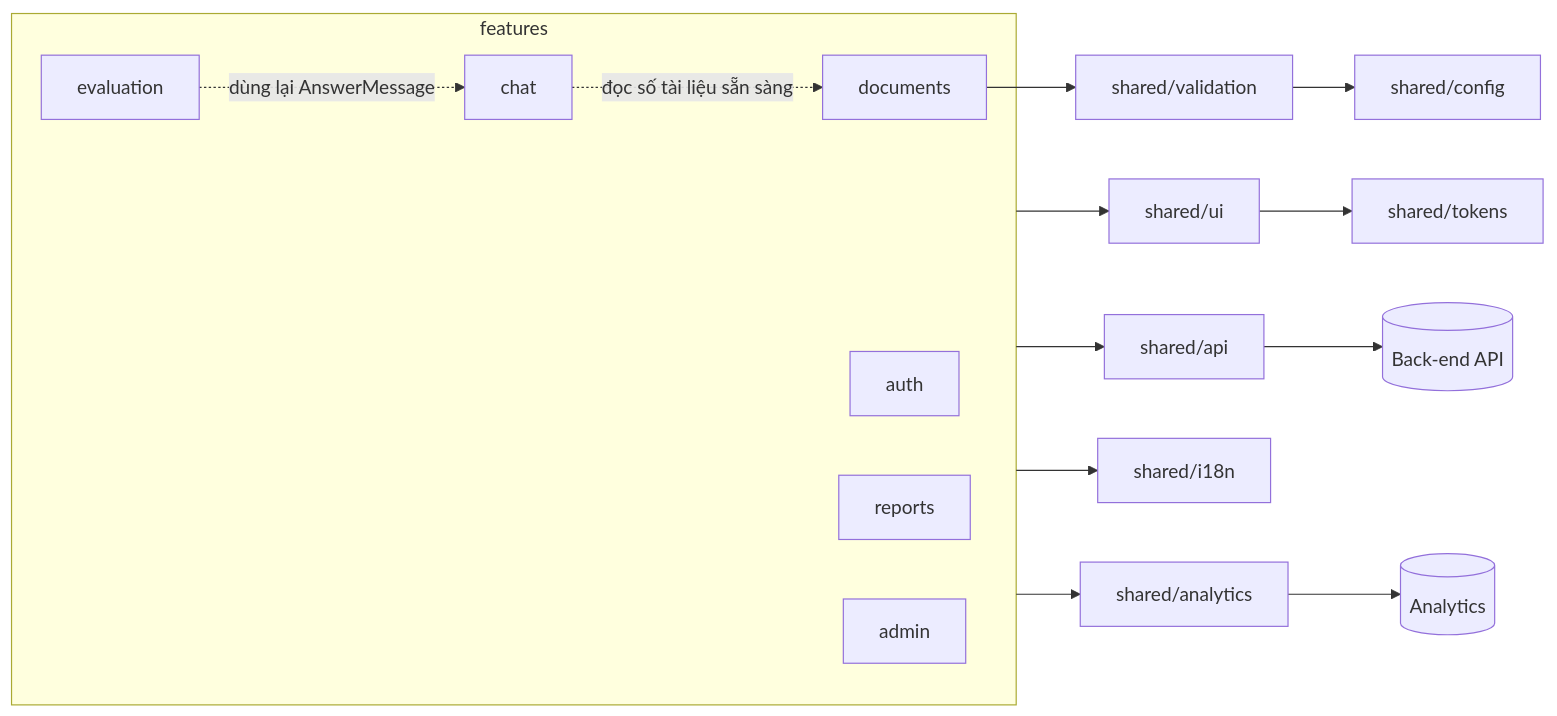
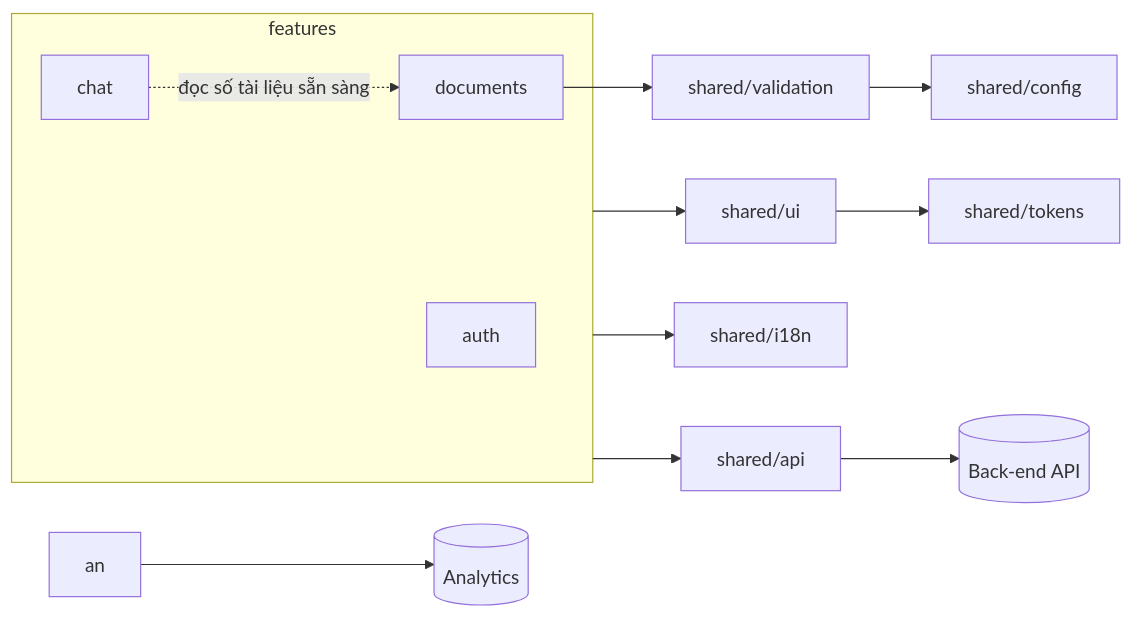
The fourth of 9 diagrams in docs/design/SDD_UI_UX_Blueprint.md (mdat1701/chat_with_document), drawn with Mermaid before and after one commit. The commit also changed other lines of this file and 126 other files, not shown here.

````diff
--- a/docs/design/SDD_UI_UX_Blueprint.md
+++ b/docs/design/SDD_UI_UX_Blueprint.md
@@ -333,22 +313,17 @@
 ```mermaid
 flowchart LR
     subgraph features
         auth
         documents
         chat
-        reports
-        evaluation
-        admin
     end
     chat -. đọc số tài liệu sẵn sàng .-> documents
-    evaluation -. dùng lại AnswerMessage .-> chat
     features --> ui[shared/ui]
     features --> api[shared/api]
-    features --> an[shared/analytics]
     features --> i18n[shared/i18n]
     documents --> val[shared/validation]
     val --> cfg[shared/config]
     ui --> tok[shared/tokens]
     api --> BE[(Back-end API)]
     an --> AN[(Analytics)]
 ```
````
